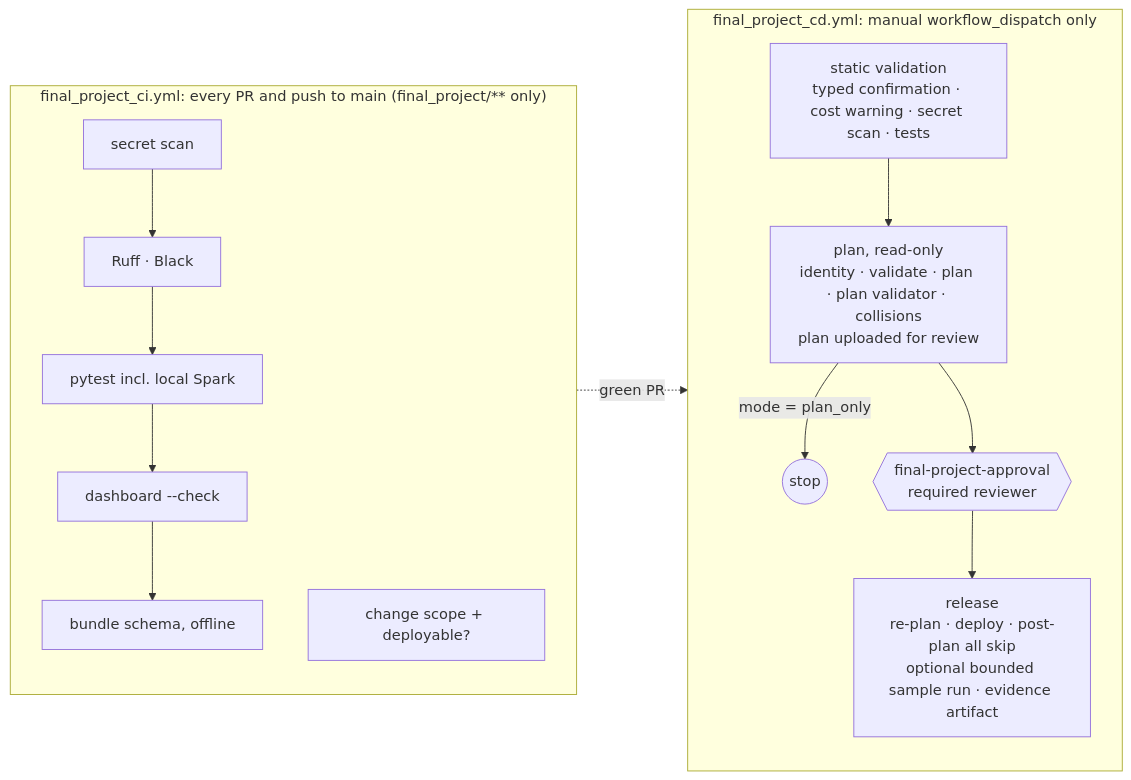
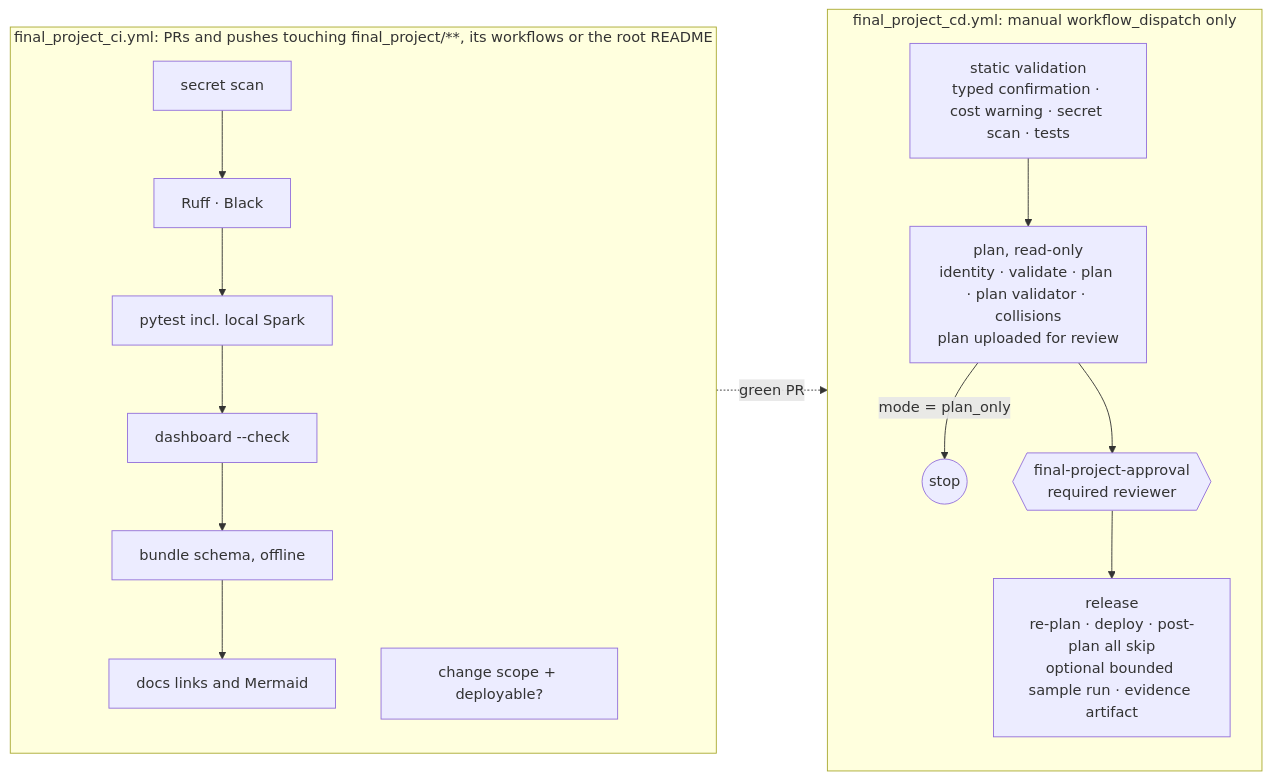
One commit to BadalovP/Databricks-Academy-Lakehouse changed the diagram in final_project/docs/CI_CD.md. Above: the diagram before and after it, drawn with Mermaid. The commit also changed other lines of this file and 20 other files, not shown here.

````diff
--- a/final_project/docs/CI_CD.md
+++ b/final_project/docs/CI_CD.md
@@ -9,14 +14,14 @@
 ```mermaid
 flowchart LR
-  subgraph CI["final_project_ci.yml: every PR and push to main (final_project/** only)"]
-    S[secret scan] --> Q[Ruff · Black] --> T[pytest incl. local Spark] --> D[dashboard --check] --> B[bundle schema, offline]
+  subgraph CI["final_project_ci.yml: PRs and pushes touching final_project/**, its workflows or the root README"]
+    S[secret scan] --> Q[Ruff · Black] --> T[pytest incl. local Spark] --> D[dashboard --check] --> B[bundle schema, offline] --> DOC[docs links and Mermaid]
     SC[change scope + deployable?]
   end
   subgraph CD["final_project_cd.yml: manual workflow_dispatch only"]
     V[static validation<br/>typed confirmation · cost warning · secret scan · tests] --> P[plan, read-only<br/>identity · validate · plan · plan validator · collisions<br/>plan uploaded for review]
     P -->|mode = plan_only| STOP((stop))
     P --> A{{final-project-approval<br/>required reviewer}}
     A --> R[release<br/>re-plan · deploy · post-plan all skip<br/>optional bounded sample run · evidence artifact]
   end
   CI -. green PR .-> CD
 ```
````
